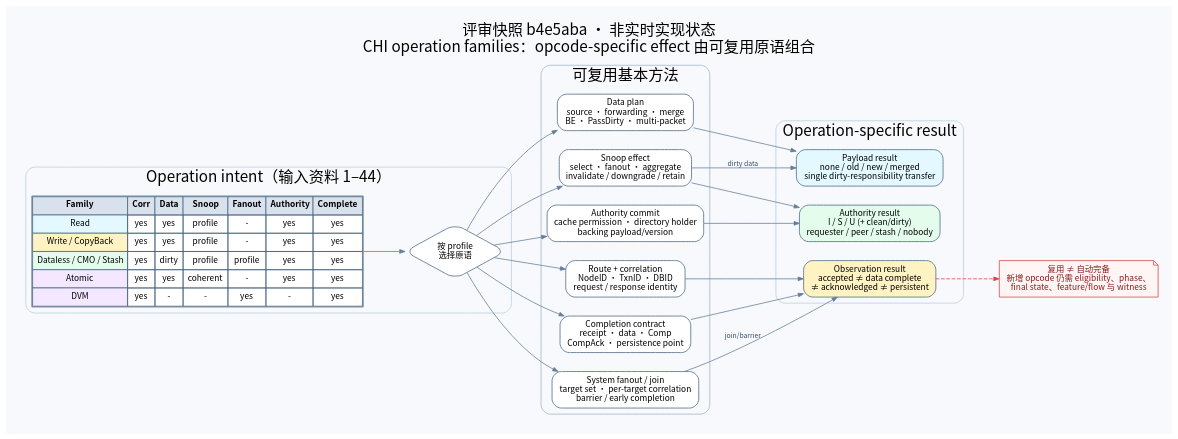
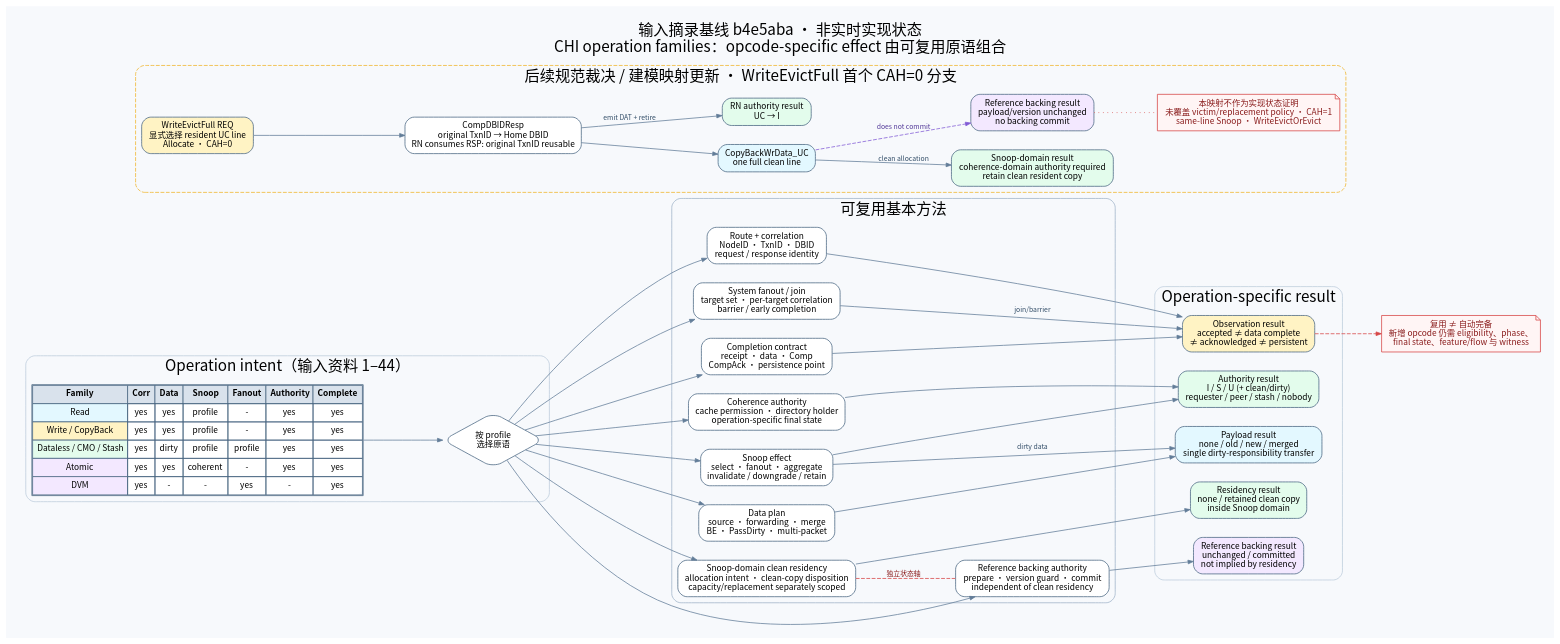
One commit to WhiteDeerPro/PROTOCOL_MODEL changed the diagram in docs/reviews/assets/chi-injected-flow-digest/operation-families.dot. Above: the diagram before and after it, drawn with Graphviz. The commit also changed 36 other files, not shown here.

Commit message:
Implement CHI WriteEvictFull clean residency

```diff
--- a/docs/reviews/assets/chi-injected-flow-digest/operation-families.dot
+++ b/docs/reviews/assets/chi-injected-flow-digest/operation-families.dot
@@ -6,7 +6,7 @@
     nodesep=0.35,
     ranksep=0.75,
     fontname="Noto Sans CJK SC",
-    label="评审快照 b4e5aba · 非实时实现状态\nCHI operation families：opcode-specific effect 由可复用原语组合",
+    label="输入摘录基线 b4e5aba · 非实时实现状态\nCHI operation families：opcode-specific effect 由可复用原语组合",
     labelloc=t,
     fontsize=20
   ];
@@ -79,10 +79,24 @@
       label="System fanout / join\ntarget set · per-target correlation\nbarrier / early completion"
     ];
     authority [
-      label="Authority commit\ncache permission · directory holder\nbacking payload/version"
+      label="Coherence authority\ncache permission · directory holder\noperation-specific final state"
+    ];
+    residency [
+      label="Snoop-domain clean residency\nallocation intent · clean-copy disposition\ncapacity/replacement separately scoped"
+    ];
+    backing [
+      label="Reference backing authority\nprepare · version guard · commit\nindependent of clean residency"
     ];
     completion [
       label="Completion contract\nreceipt · data · Comp\nCompAck · persistence point"
+    ];
+
+    residency -> backing [
+      dir=none,
+      style=dashed,
+      color="#d64545",
+      fontcolor="#8a1c1c",
+      label="独立状态轴"
     ];
   }
 
@@ -99,6 +113,14 @@
       fillcolor="#e3fcec",
       label="Authority result\nI / S / U (+ clean/dirty)\nrequester / peer / stash / nobody"
     ];
+    residency_result [
+      fillcolor="#e3fcec",
+      label="Residency result\nnone / retained clean copy\ninside Snoop domain"
+    ];
+    backing_result [
+      fillcolor="#f3e8ff",
+      label="Reference backing result\nunchanged / committed\nnot implied by residency"
+    ];
     observation_result [
       fillcolor="#fff3c4",
       label="Observation result\naccepted ≠ data complete\n≠ acknowledged ≠ persistent"
@@ -110,6 +132,8 @@
   compose -> snoop;
   compose -> fanout;
   compose -> authority;
+  compose -> residency;
+  compose -> backing;
   compose -> completion;
 
   data_plan -> payload_result;
@@ -117,6 +141,8 @@
   snoop -> permission_result;
   fanout -> observation_result [label="join/barrier"];
   authority -> permission_result;
+  residency -> residency_result;
+  backing -> backing_result;
   correlation -> observation_result;
   completion -> observation_result;
 
@@ -129,4 +155,59 @@
     label="复用 ≠ 自动完备\n新增 opcode 仍需 eligibility、phase、\nfinal state、feature/flow 与 witness"
   ];
   observation_result -> boundary [style=dashed, color="#d64545"];
+
+  subgraph cluster_write_evict_mapping {
+    label="后续规范裁决 / 建模映射更新 · WriteEvictFull 首个 CAH=0 分支";
+    color="#f0b429";
+    style="rounded,dashed";
+
+    write_evict_req [
+      fillcolor="#fff3c4",
+      label="WriteEvictFull REQ\n显式选择 resident UC line\nAllocate · CAH=0"
+    ];
+    write_evict_dbid [
+      fillcolor="#ffffff",
+      label="CompDBIDResp\noriginal TxnID → Home DBID\nRN consumes RSP: original TxnID reusable"
+    ];
+    write_evict_dat [
+      fillcolor="#e3f8ff",
+      label="CopyBackWrData_UC\none full clean line"
+    ];
+    write_evict_rn [
+      fillcolor="#e3fcec",
+      label="RN authority result\nUC → I"
+    ];
+    write_evict_residency [
+      fillcolor="#e3fcec",
+      label="Snoop-domain result\ncoherence-domain authority required\nretain clean resident copy"
+    ];
+    write_evict_backing [
+      fillcolor="#f3e8ff",
+      label="Reference backing result\npayload/version unchanged\nno backing commit"
+    ];
+    write_evict_boundary [
+      shape=note,
+      style="filled",
+      color="#d64545",
+      fillcolor="#fff5f5",
+      fontcolor="#8a1c1c",
+      label="本映射不作为实现状态证明\n未覆盖 victim/replacement policy · CAH=1\nsame-line Snoop · WriteEvictOrEvict"
+    ];
+
+    write_evict_req -> write_evict_dbid -> write_evict_dat;
+    write_evict_dbid -> write_evict_rn [label="emit DAT + retire"];
+    write_evict_dat -> write_evict_residency [label="clean allocation"];
+    write_evict_dat -> write_evict_backing [
+      style=dashed,
+      color="#805ad5",
+      fontcolor="#553c9a",
+      label="does not commit"
+    ];
+    write_evict_backing -> write_evict_boundary [
+      style=dotted,
+      arrowhead=none,
+      color="#d64545"
+    ];
+  }
+
 }
```
